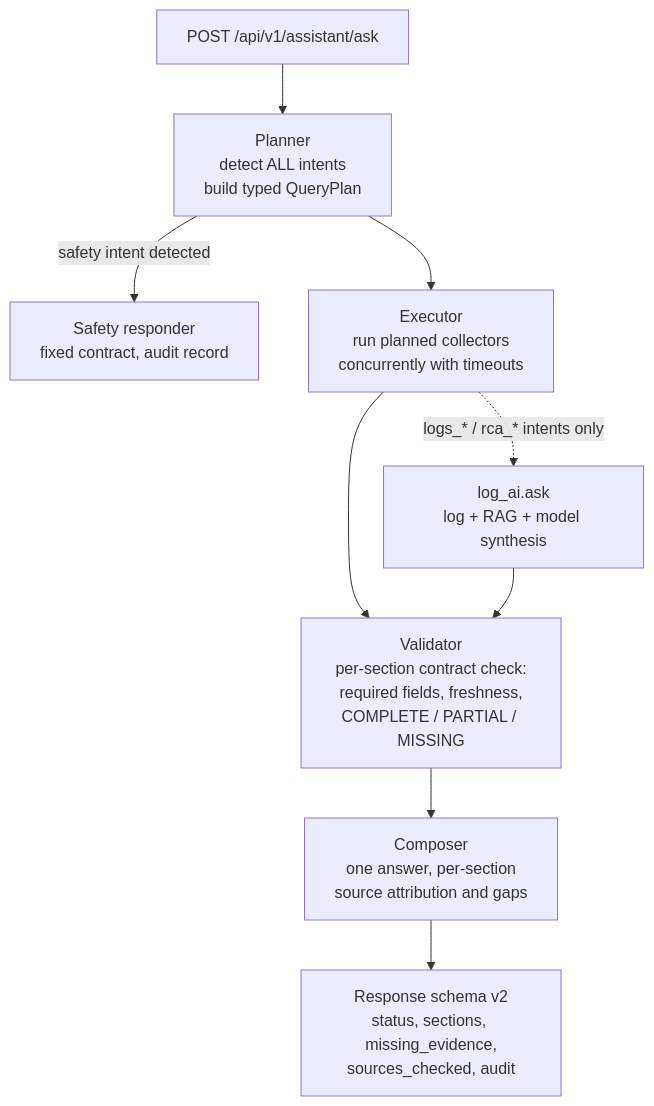
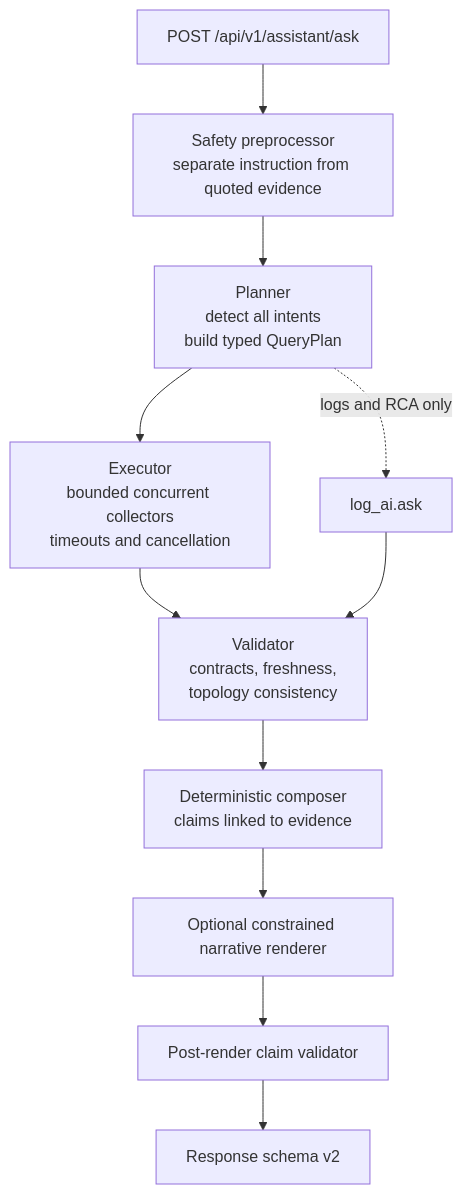
Before and after one commit to printesh99/Agentic-Patroni-cluster: the diagram in docs/AI_ASSISTANT_SOLUTION_DESIGN_20260717.md, drawn with Mermaid. The commit also changed other lines of this file and 24 other files, not shown here.

Commit message:
Add evidence-gap assistant foundation and next implementation plan

````diff
--- a/docs/AI_ASSISTANT_SOLUTION_DESIGN_20260717.md
+++ b/docs/AI_ASSISTANT_SOLUTION_DESIGN_20260717.md
@@ -26,11 +29,13 @@
 ```mermaid
 flowchart TD
-    A[POST /api/v1/assistant/ask] --> B[Planner<br/>detect ALL intents<br/>build typed QueryPlan]
-    B -->|safety intent detected| S[Safety responder<br/>fixed contract, audit record]
-    B --> C[Executor<br/>run planned collectors<br/>concurrently with timeouts]
-    C --> D[Validator<br/>per-section contract check:<br/>required fields, freshness,<br/>COMPLETE / PARTIAL / MISSING]
-    D --> E[Composer<br/>one answer, per-section<br/>source attribution and gaps]
-    E --> F[Response schema v2<br/>status, sections, missing_evidence,<br/>sources_checked, audit]
-    C -.->|logs_* / rca_* intents only| G[log_ai.ask<br/>log + RAG + model synthesis]
-    G --> D
+    A[POST /api/v1/assistant/ask] --> B[Safety preprocessor<br/>separate instruction from quoted evidence]
+    B --> C[Planner<br/>detect all intents<br/>build typed QueryPlan]
+    C --> D[Executor<br/>bounded concurrent collectors<br/>timeouts and cancellation]
+    D --> E[Validator<br/>contracts, freshness,<br/>topology consistency]
+    E --> F[Deterministic composer<br/>claims linked to evidence]
+    F --> G[Optional constrained narrative renderer]
+    G --> H[Post-render claim validator]
+    H --> I[Response schema v2]
+    C -. logs and RCA only .-> J[log_ai.ask]
+    J --> E
 ```
````
